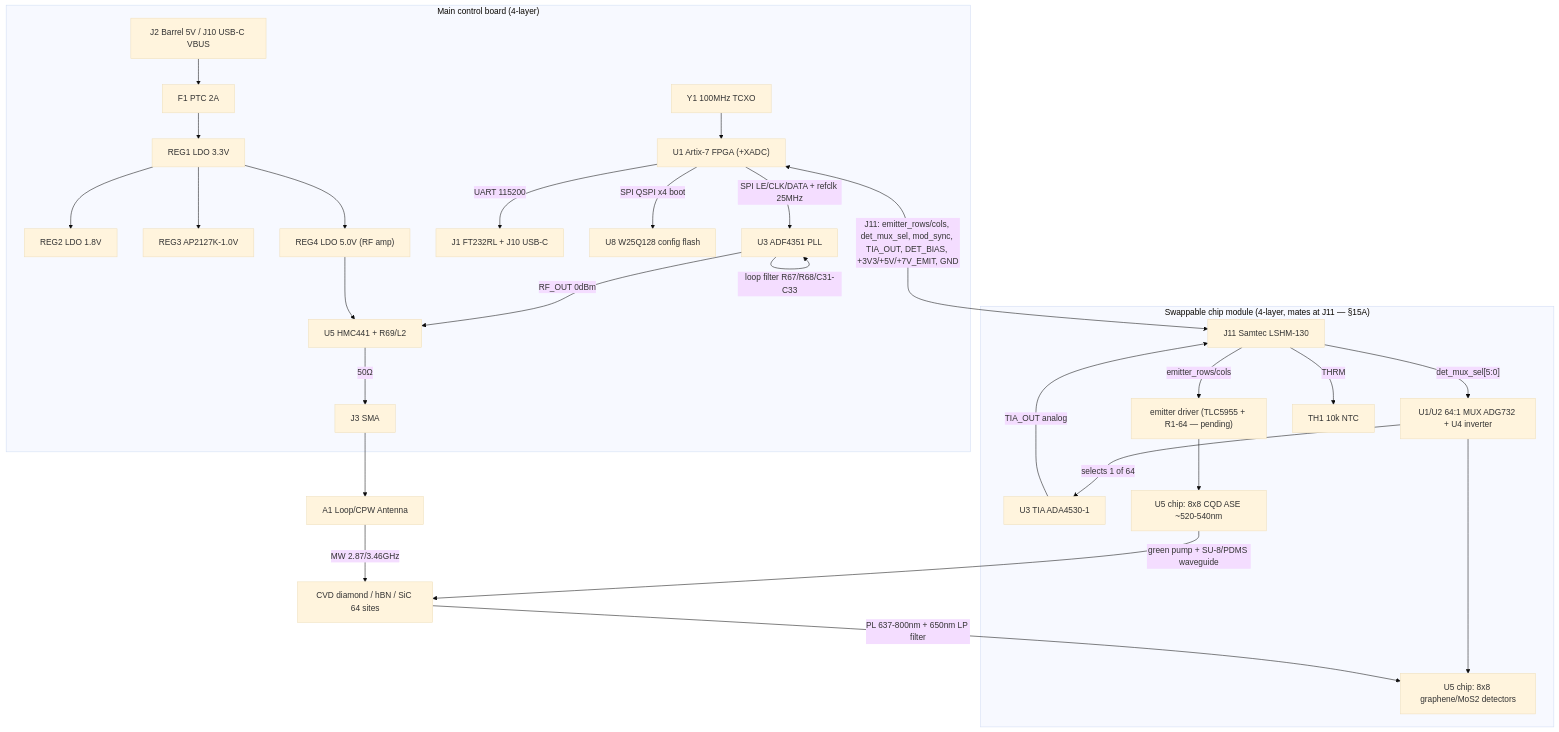
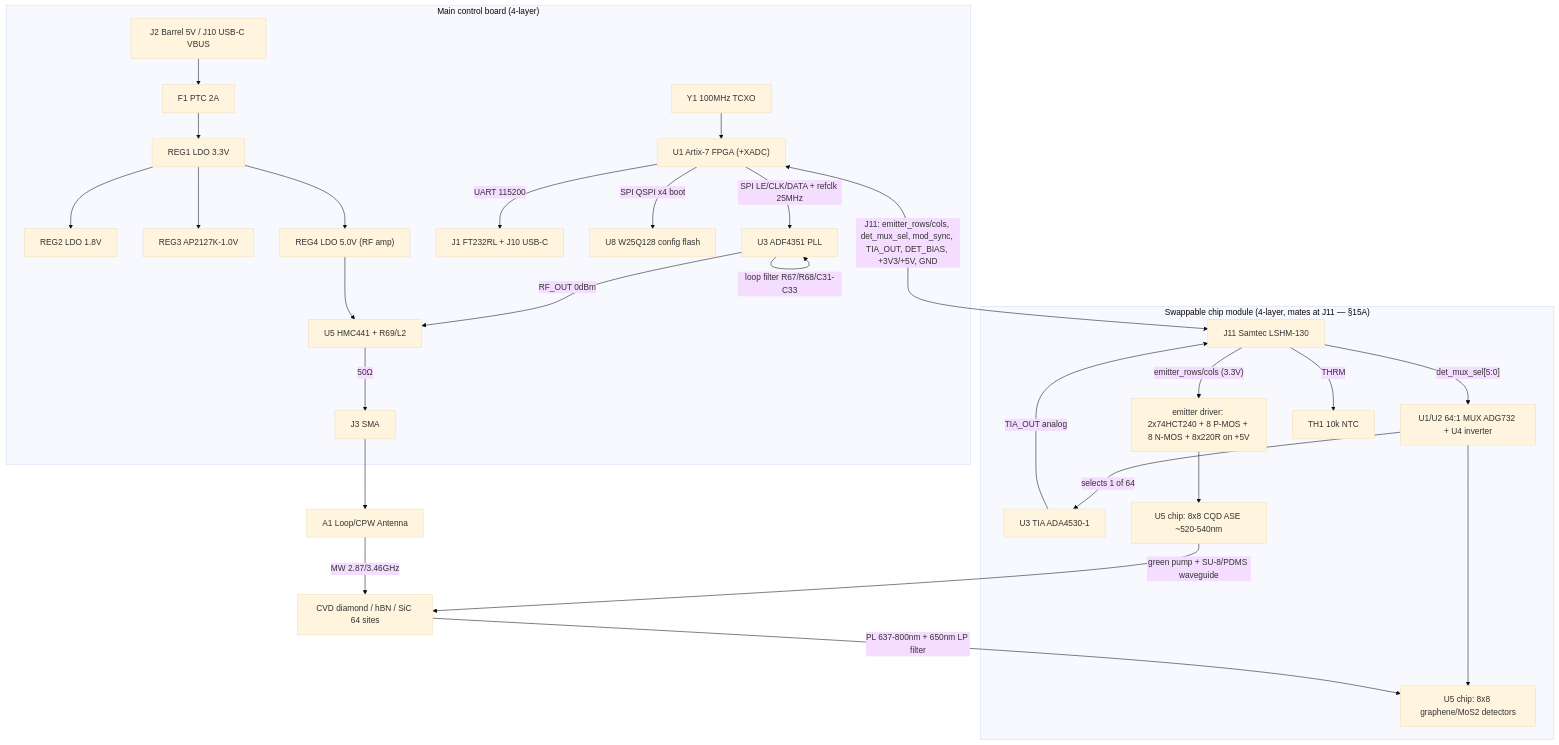
One commit to VABISMO/QSSC changed the first of 2 diagrams in hardware/HARDWARE_DESIGN.md. Above: the diagram before and after it, drawn with Mermaid (base theme). The commit also changed other lines of this file and 8 other files, not shown here.

````diff
--- a/hardware/HARDWARE_DESIGN.md
+++ b/hardware/HARDWARE_DESIGN.md
@@ -76,31 +78,31 @@
 ```mermaid
 flowchart TD
     subgraph Main["Main control board (4-layer)"]
         J2["J2 Barrel 5V / J10 USB-C VBUS"] --> F1["F1 PTC 2A"] --> REG1["REG1 LDO 3.3V"]
         REG1 --> REG2["REG2 LDO 1.8V"]
         REG1 --> REG3["REG3 AP2127K-1.0V"]
         REG1 --> REG4["REG4 LDO 5.0V (RF amp)"]
         Y1["Y1 100MHz TCXO"] --> U1["U1 Artix-7 FPGA (+XADC)"]
         U1 -->|"UART 115200"| J1["J1 FT232RL + J10 USB-C"]
         U1 -->|"SPI QSPI x4 boot"| W25["U8 W25Q128 config flash"]
         U1 -->|"SPI LE/CLK/DATA + refclk 25MHz"| U3["U3 ADF4351 PLL"]
         U3 -->|"loop filter R67/R68/C31-C33"| U3
         U3 -->|"RF_OUT 0dBm"| U5["U5 HMC441 + R69/L2"]
         REG4 --> U5
         U5 -->|"50Ω"| J3["J3 SMA"]
     end
     subgraph MOD["Swappable chip module (4-layer, mates at J11 — §15A)"]
         J11["J11 Samtec LSHM-130"] -->|"det_mux_sel[5:0]"| MUX["U1/U2 64:1 MUX ADG732 + U4 inverter"]
         MUX -->|"selects 1 of 64"| TIA["U3 TIA ADA4530-1"]
         TIA -->|"TIA_OUT analog"| J11
         MUX --> DET["U5 chip: 8x8 graphene/MoS2 detectors"]
-        J11 -->|"emitter_rows/cols"| DRV["emitter driver (TLC5955 + R1-64 — pending)"]
+        J11 -->|"emitter_rows/cols (3.3V)"| DRV["emitter driver: 2x74HCT240 + 8 P-MOS + 8 N-MOS + 8x220R on +5V"]
         DRV --> EM["U5 chip: 8x8 CQD ASE ~520-540nm"]
         J11 -->|"THRM"| NTC["TH1 10k NTC"]
     end
-    U1 <-->|"J11: emitter_rows/cols, det_mux_sel, mod_sync, TIA_OUT, DET_BIAS, +3V3/+5V/+7V_EMIT, GND"| J11
+    U1 <-->|"J11: emitter_rows/cols, det_mux_sel, mod_sync, TIA_OUT, DET_BIAS, +3V3/+5V, GND"| J11
     J3 --> A1["A1 Loop/CPW Antenna"]
     A1 -->|"MW 2.87/3.46GHz"| Sub["CVD diamond / hBN / SiC 64 sites"]
     EM -->|"green pump + SU-8/PDMS waveguide"| Sub
     Sub -->|"PL 637-800nm + 650nm LP filter"| DET
 ```
````
